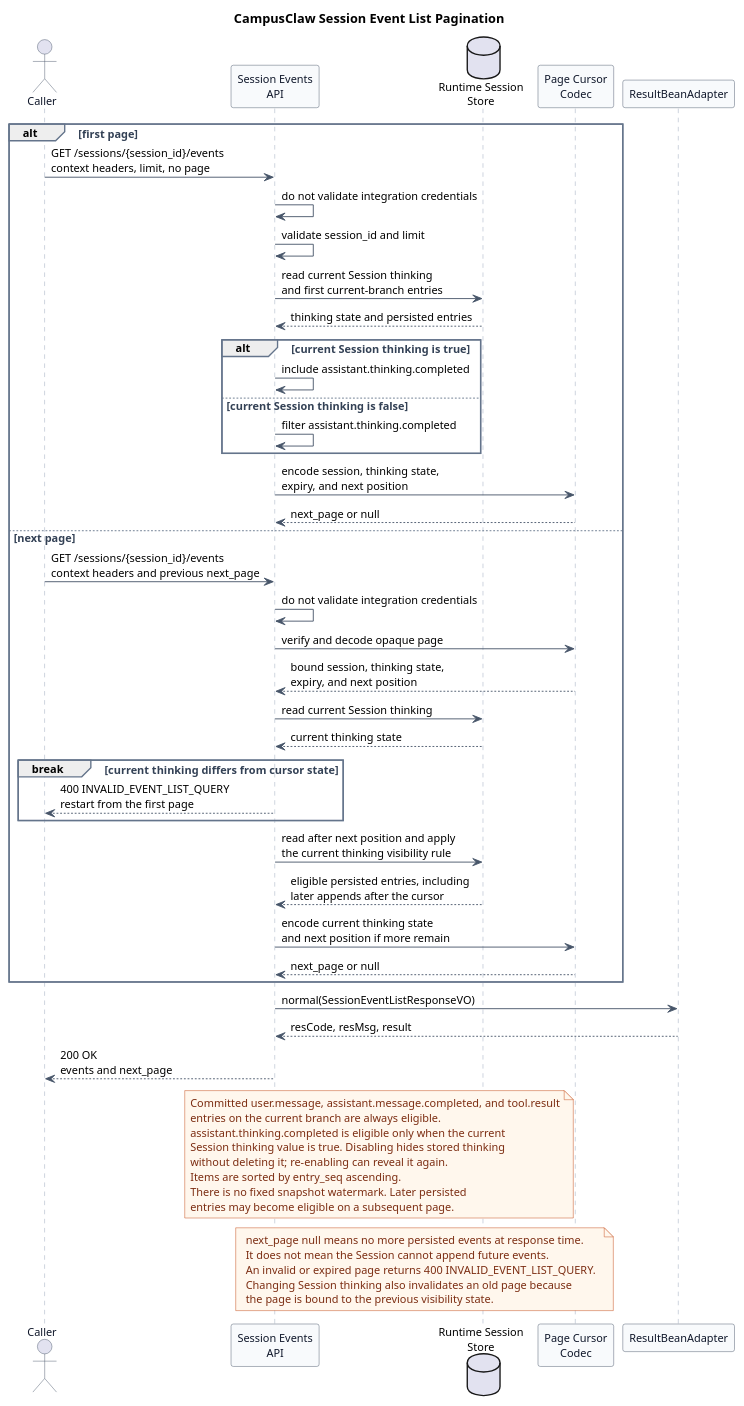
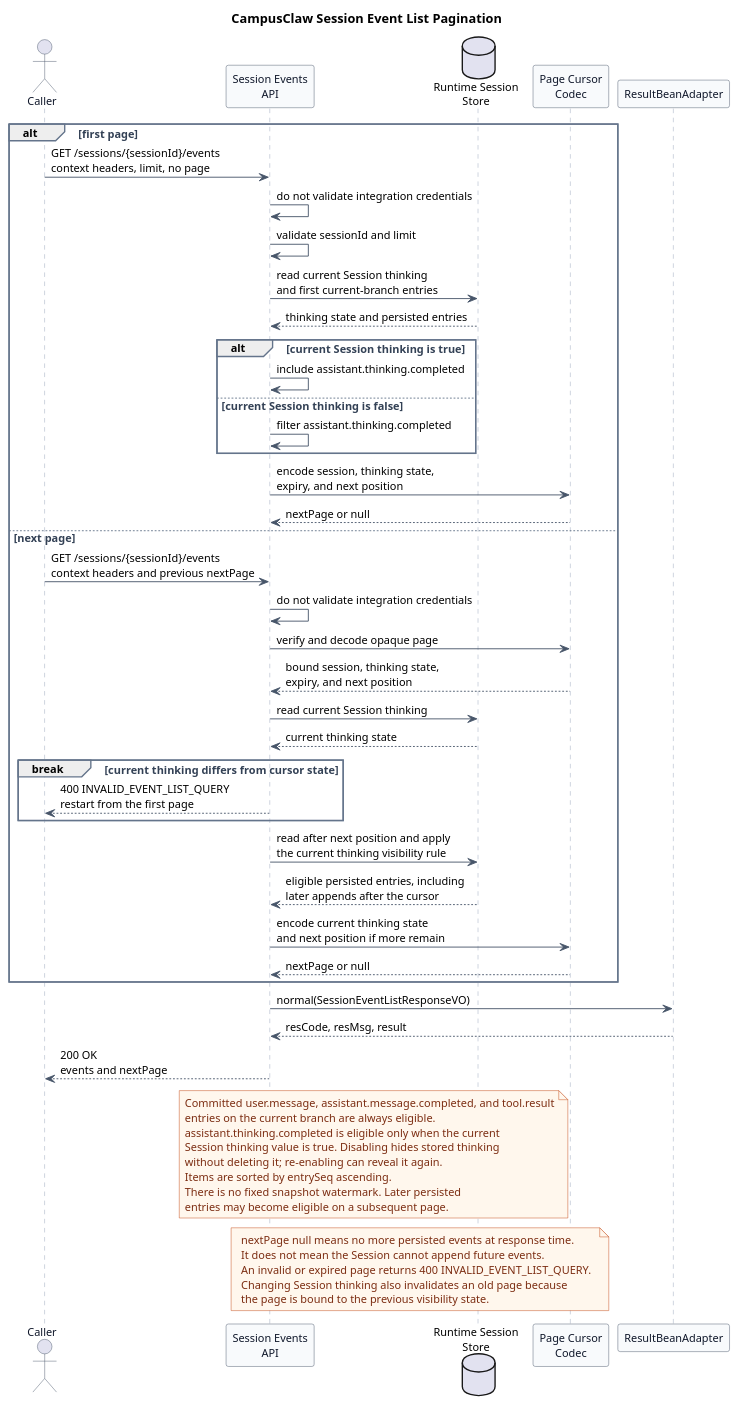
The second of 2 diagrams in pi-mono-java-manager-driven-multi-agent-runtime/diagrams/session-events/diagram.puml (ssm0808/pi-mono-java-design), drawn with PlantUML before and after one commit. The commit also changed other lines of this file and 35 other files, not shown here.

Commit message:
docs(runtime): 统一 HTTP 字段为 lowerCamelCase

```diff
--- a/pi-mono-java-manager-driven-multi-agent-runtime/diagrams/session-events/diagram.puml
+++ b/pi-mono-java-manager-driven-multi-agent-runtime/diagrams/session-events/diagram.puml
@@ -138,104 +144,108 @@
 @startuml http_session_event_list
 title CampusClaw Session Event List Pagination
 
 ' Source evidence (pi-mono 086c32e74530564922d011ade23ff582c9d63116):
 ' packages/coding-agent/src/core/session-manager.ts, SessionEntry, lines 46-156
 ' packages/coding-agent/src/core/session-manager.ts, append methods, lines 1057-1149
 ' packages/coding-agent/src/core/session-manager.ts, getBranch and getEntries, lines 1260-1303
 ' Source evidence (pi-mono-java 8691e8800f05f28afe22499050c29220ef5b7475):
 ' modules/coding-agent-cli/src/main/java/com/campusclaw/codingagent/runtimeapi/persistence/MyBatisRuntimeSessionRepository.java.
 ' modules/coding-agent-cli/src/main/java/com/campusclaw/codingagent/runtimeapi/event/RuntimeEventCursorCodec.java.
+' Source evidence (pi-mono-java 304eda06ff603fc9b6bbcaad0c296cc151a7defb):
+' modules/coding-agent-cli/src/main/java/com/campusclaw/codingagent/runtimeapi/vo/EventPageResponseVO.java.
+' Observed behavior: current Java exposes next_page while the target field is nextPage.
 ' Observed behavior: pi stores append-only entries linked by id and parentId, and its active
 ' branch is the path from the selected leaf to the root.
 ' Java divergence: the old Java baseline scanned JSONL linearly; the implemented repository
-' now reads the current branch through parentId and entry_seq.
+' now reads the current branch through parentId and entrySeq.
 ' External reference (Anthropic Managed Agents docs checked 2026-08-17):
 ' GET /v1/sessions/{session_id}/events uses opaque page and next_page pagination.
-' Observed behavior: entry_seq, opaque pages, ResultBean paging, and the GET endpoint
+' Observed behavior: entrySeq, opaque pages, ResultBean paging, and the GET endpoint
 ' exist in the implementation commit but not in the original pi source baselines.
 ' Java divergence: current RuntimeEntryCodec excludes ThinkingContent from public history.
 ' Architecture change: target GET visibility depends on the current Session thinking value.
 ' Design reason: align the public pagination boundary with Anthropic and intentionally
-' avoid a fixed snapshot watermark or an after_entry_seq query while binding the cursor
+' avoid a fixed snapshot watermark or an afterEntrySeq query while binding the cursor
 ' to the thinking visibility state used to construct the page.
+' Architecture change: CampusClaw target path and payload fields use lowerCamelCase.
 
 skinparam backgroundColor #FFFFFF
 skinparam shadowing false
 skinparam defaultFontName Arial
 skinparam defaultFontSize 12
 skinparam sequence {
   ArrowColor #475569
   ActorBorderColor #475569
   ActorFontColor #0F172A
   LifeLineBorderColor #94A3B8
   LifeLineBackgroundColor #F8FAFC
   ParticipantBorderColor #475569
   ParticipantBackgroundColor #F8FAFC
   ParticipantFontColor #0F172A
   GroupBorderColor #64748B
   GroupFontColor #334155
 }
 skinparam note {
   BackgroundColor #FFF7ED
   BorderColor #C2410C
   FontColor #7C2D12
 }
 
 actor Caller
 participant "Session Events\nAPI" as API
 database "Runtime Session\nStore" as Store
 participant "Page Cursor\nCodec" as Cursor
 participant ResultBeanAdapter
 
 alt first page
-  Caller -> API : GET /sessions/{session_id}/events\ncontext headers, limit, no page
+  Caller -> API : GET /sessions/{sessionId}/events\ncontext headers, limit, no page
   API -> API : do not validate integration credentials
-  API -> API : validate session_id and limit
+  API -> API : validate sessionId and limit
   API -> Store : read current Session thinking\nand first current-branch entries
   Store --> API : thinking state and persisted entries
   alt current Session thinking is true
     API -> API : include assistant.thinking.completed
   else current Session thinking is false
     API -> API : filter assistant.thinking.completed
   end
   API -> Cursor : encode session, thinking state,\nexpiry, and next position
-  Cursor --> API : next_page or null
+  Cursor --> API : nextPage or null
 else next page
-  Caller -> API : GET /sessions/{session_id}/events\ncontext headers and previous next_page
+  Caller -> API : GET /sessions/{sessionId}/events\ncontext headers and previous nextPage
   API -> API : do not validate integration credentials
   API -> Cursor : verify and decode opaque page
   Cursor --> API : bound session, thinking state,\nexpiry, and next position
   API -> Store : read current Session thinking
   Store --> API : current thinking state
   break current thinking differs from cursor state
     API --> Caller : 400 INVALID_EVENT_LIST_QUERY\nrestart from the first page
   end
   API -> Store : read after next position and apply\nthe current thinking visibility rule
   Store --> API : eligible persisted entries, including\nlater appends after the cursor
   API -> Cursor : encode current thinking state\nand next position if more remain
-  Cursor --> API : next_page or null
+  Cursor --> API : nextPage or null
 end
 
 API -> ResultBeanAdapter : normal(SessionEventListResponseVO)
 ResultBeanAdapter --> API : resCode, resMsg, result
-API --> Caller : 200 OK\nevents and next_page
+API --> Caller : 200 OK\nevents and nextPage
 
 note over API,Store
 Committed user.message, assistant.message.completed, and tool.result
 entries on the current branch are always eligible.
 assistant.thinking.completed is eligible only when the current
 Session thinking value is true. Disabling hides stored thinking
 without deleting it; re-enabling can reveal it again.
-Items are sorted by entry_seq ascending.
+Items are sorted by entrySeq ascending.
 There is no fixed snapshot watermark. Later persisted
 entries may become eligible on a subsequent page.
 end note
 
 note over API,Cursor
-next_page null means no more persisted events at response time.
+nextPage null means no more persisted events at response time.
 It does not mean the Session cannot append future events.
 An invalid or expired page returns 400 INVALID_EVENT_LIST_QUERY.
 Changing Session thinking also invalidates an old page because
 the page is bound to the previous visibility state.
 end note
 @enduml
```
